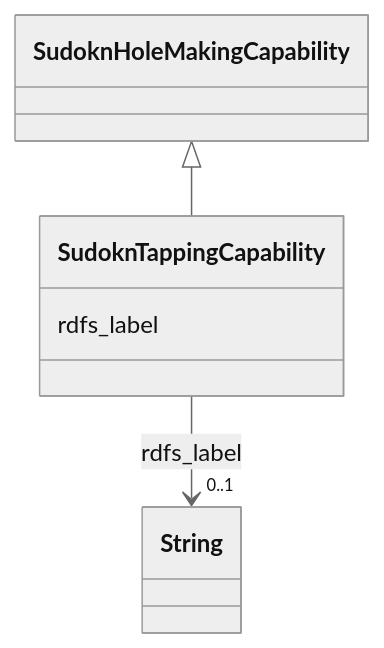
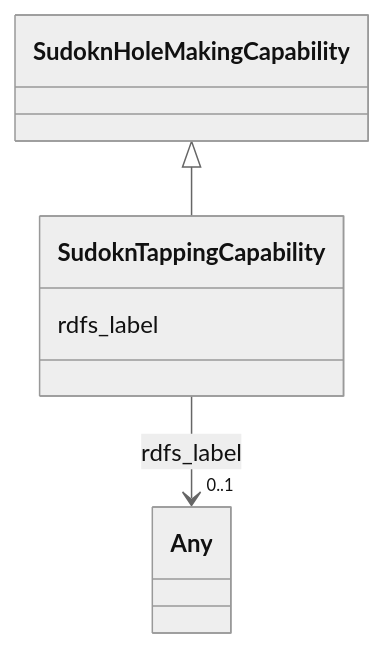
Before and after one commit to frink-okn/graph-descriptions: the diagram in sudokn-kg/classes/SudoknTappingCapability.md, drawn with Mermaid (neutral theme). The commit also changed other lines of this file and 903 other files, not shown here.

````diff
--- a/sudokn-kg/classes/SudoknTappingCapability.md
+++ b/sudokn-kg/classes/SudoknTappingCapability.md
@@ -23,18 +18,18 @@
 ```mermaid
  classDiagram
     class SudoknTappingCapability
     click SudoknTappingCapability href "../SudoknTappingCapability"
       SudoknHoleMakingCapability <|-- SudoknTappingCapability
         click SudoknHoleMakingCapability href "../SudoknHoleMakingCapability"
       
       SudoknTappingCapability : rdfs_label
         
           
     
     
-    SudoknTappingCapability --> "0..1" String : rdfs_label
-    click String href "../String"
+    SudoknTappingCapability --> "0..1" Any : rdfs_label
+    click Any href "../Any"
 
         
       
 ```
````
